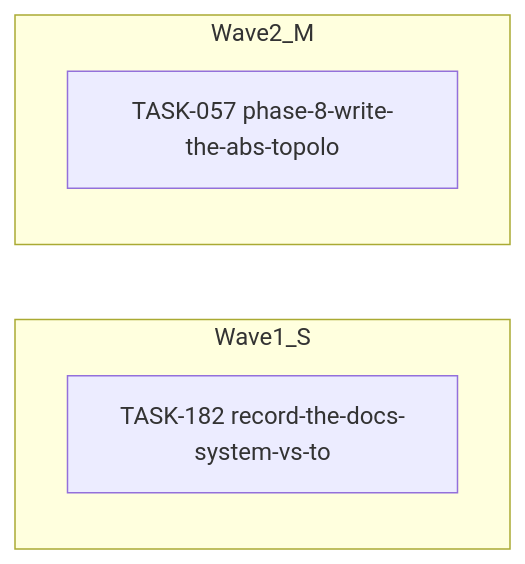
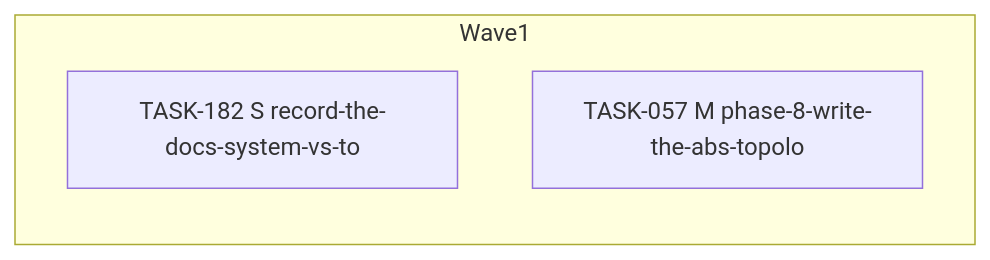
Before and after one commit to falkcorp/audiobook-organizer: the diagram in docs/agent-tasks/todo-completion-2026-09/docs/orchestration.md, drawn with Mermaid. The commit also changed other lines of this file and 270 other files, not shown here.

````diff
--- a/docs/agent-tasks/todo-completion-2026-09/docs/orchestration.md
+++ b/docs/agent-tasks/todo-completion-2026-09/docs/orchestration.md
@@ -10,9 +10,7 @@
 ```mermaid
 flowchart LR
-    subgraph Wave1_S
-      TASK182[TASK-182 record-the-docs-system-vs-to]
-    end
-    subgraph Wave2_M
-      TASK057[TASK-057 phase-8-write-the-abs-topolo]
+    subgraph Wave1
+      TASK182[TASK-182 S record-the-docs-system-vs-to]
+      TASK057[TASK-057 M phase-8-write-the-abs-topolo]
     end
 ```
````
